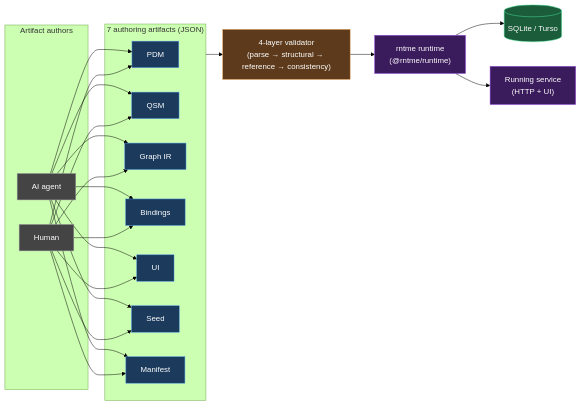
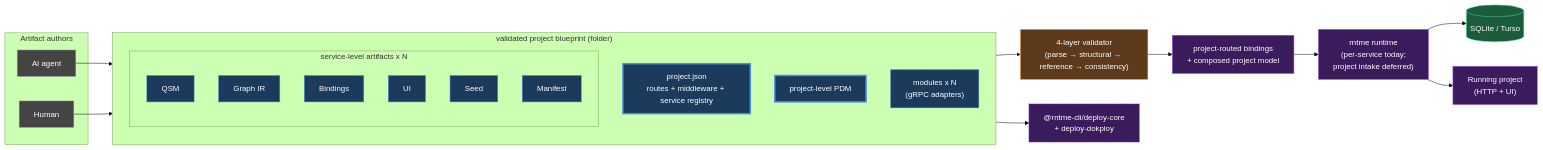
The first of 2 diagrams in README.md (vladprrs/rntme), drawn with Mermaid (forest theme) before and after one commit. The commit also changed other lines of this file and 11 other files, not shown here.

````diff
--- a/README.md
+++ b/README.md
@@ -42,32 +42,44 @@
 ```mermaid
 flowchart LR
     subgraph authors["Artifact authors"]
         AI["AI agent"]:::external
         HUM["Human"]:::external
     end
-    subgraph artifacts["7 authoring artifacts (JSON)"]
-        PDM["PDM"]:::artifact
-        QSM["QSM"]:::artifact
-        IR["Graph IR"]:::artifact
-        B["Bindings"]:::artifact
-        UI["UI"]:::artifact
-        S["Seed"]:::artifact
-        M["Manifest"]:::artifact
+    subgraph blueprint["validated project blueprint (folder)"]
+        direction TB
+        PJSON["project.json<br/>routes + middleware + service registry"]:::project
+        PPDM["project-level PDM"]:::project
+        subgraph services["service-level artifacts x N"]
+            direction TB
+            QSM["QSM"]:::artifact
+            IR["Graph IR"]:::artifact
+            B["Bindings"]:::artifact
+            UI["UI"]:::artifact
+            S["Seed"]:::artifact
+            M["Manifest"]:::artifact
+        end
+        MOD["modules x N<br/>(gRPC adapters)"]:::module
     end
     V["4-layer validator<br/>(parse → structural → reference → consistency)"]:::validator
-    R["rntme runtime<br/>(@rntme/runtime)"]:::runtime
+    REG["project-routed bindings<br/>+ composed project model"]:::runtime
+    R["rntme runtime<br/>(per-service today;<br/>project intake deferred)"]:::runtime
+    DEPLOY["@rntme-cli/deploy-core<br/>+ deploy-dokploy"]:::deploy
     DB[("SQLite / Turso")]:::storage
-    SVC["Running service<br/>(HTTP + UI)"]:::runtime
+    SVC["Running project<br/>(HTTP + UI)"]:::runtime
 
-    AI --> PDM & QSM & IR & B & UI & S & M
-    HUM --> PDM & QSM & IR & B & UI & S & M
-    artifacts --> V --> R
+    AI --> blueprint
+    HUM --> blueprint
+    blueprint --> V --> REG --> R
     R --> DB
     R --> SVC
+    blueprint --> DEPLOY
 
     classDef artifact fill:#1b3a5c,stroke:#4a90e2,color:#fff;
+    classDef project fill:#1b3a5c,stroke:#4a90e2,color:#fff,stroke-width:3px;
+    classDef module fill:#1b3a5c,stroke:#4a90e2,color:#fff,stroke-dasharray: 4 2;
     classDef validator fill:#5c3a1b,stroke:#e29a4a,color:#fff;
     classDef storage fill:#1b5c3a,stroke:#4ae29a,color:#fff;
     classDef runtime fill:#3a1b5c,stroke:#9a4ae2,color:#fff;
+    classDef deploy fill:#3a1b5c,stroke:#9a4ae2,color:#fff,stroke-dasharray: 4 2;
     classDef external fill:#444,stroke:#999,color:#fff;
 ```
````
